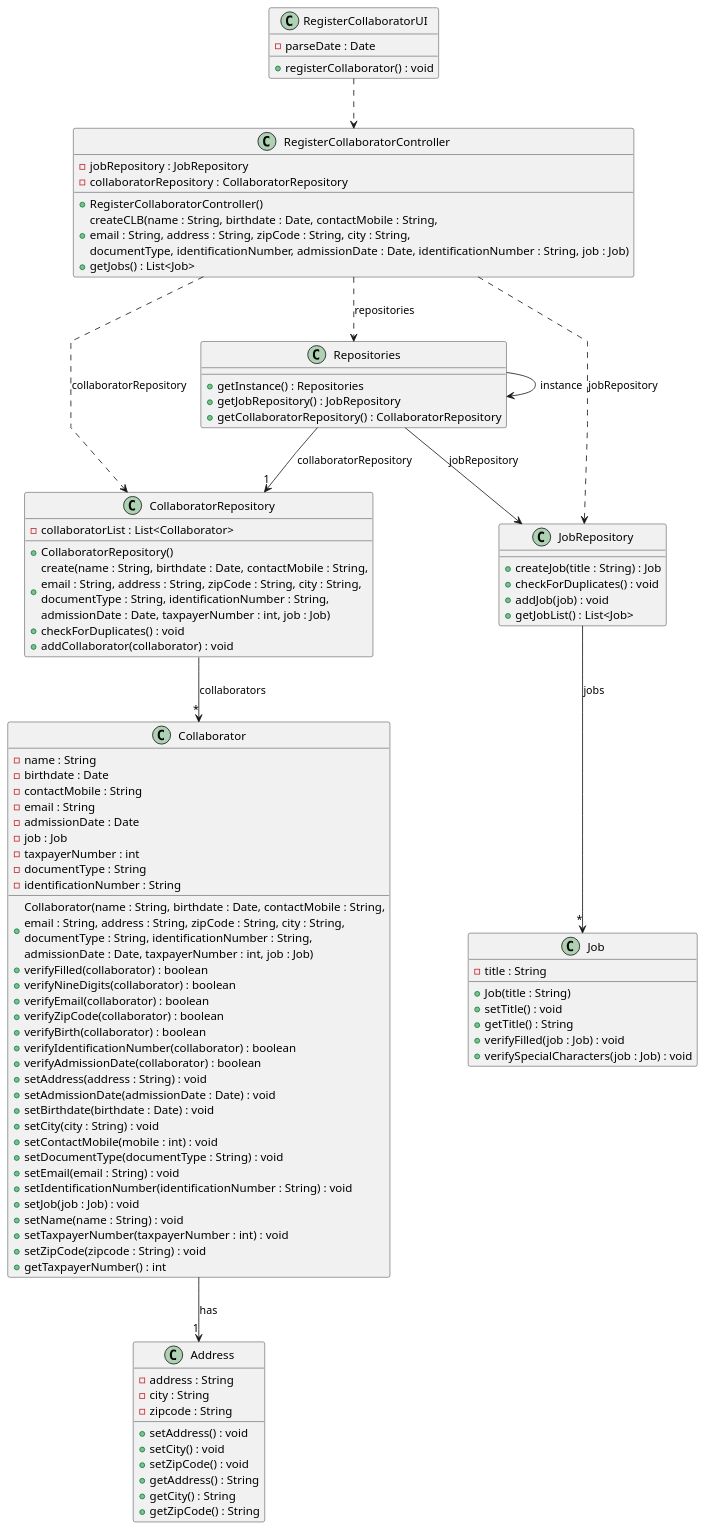
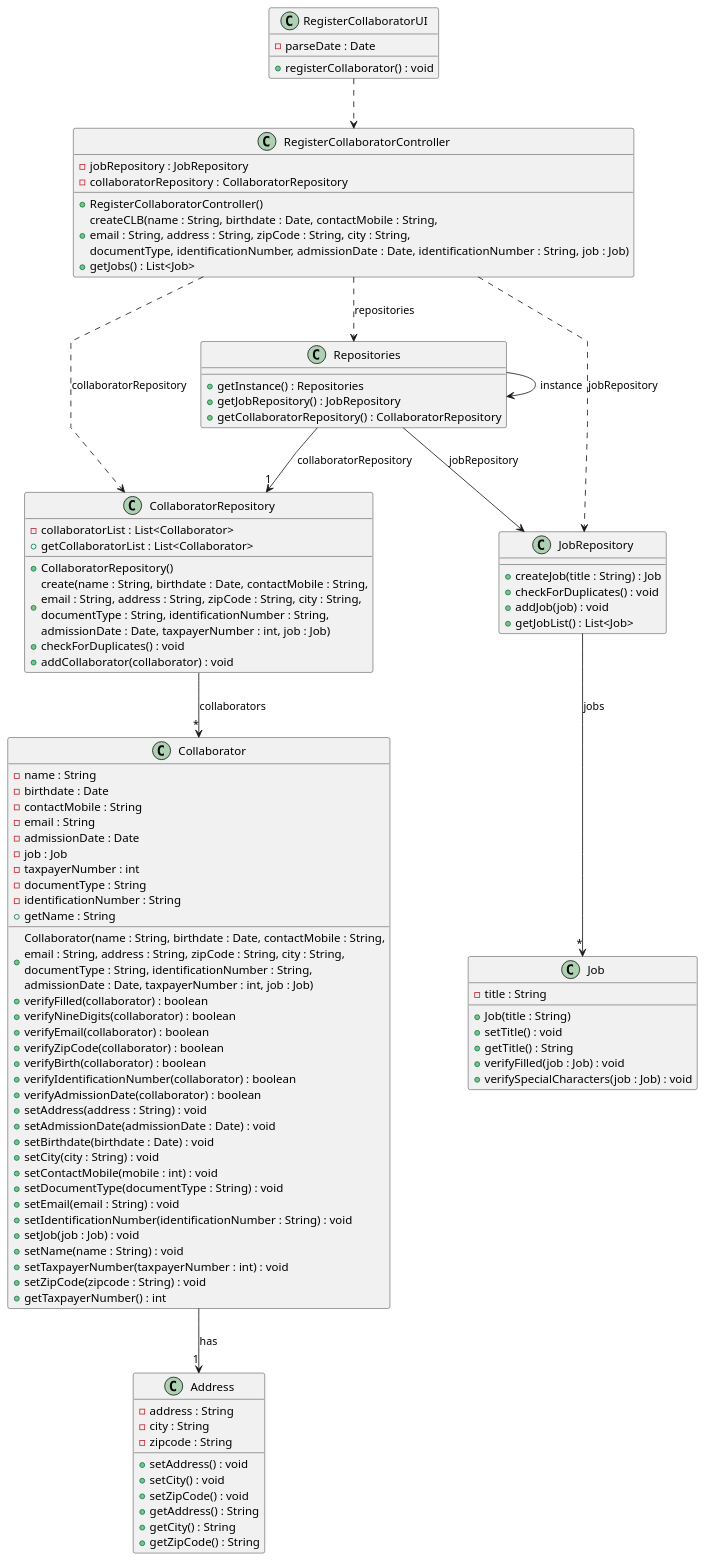
The diagram in docs/sprintB/us003/03.design/puml/us003-class-diagram.puml (ricardomm7/leaflink), drawn with PlantUML before and after one commit. The commit also changed 12 other files, not shown here.

```diff
--- a/docs/sprintB/us003/03.design/puml/us003-class-diagram.puml
+++ b/docs/sprintB/us003/03.design/puml/us003-class-diagram.puml
@@ -1,111 +1,113 @@
 @startuml
 skinparam packageStyle rectangle
 skinparam shadowing false
 skinparam linetype polyline
 
 'left to right direction
 
 class RegisterCollaboratorUI {
 +registerCollaborator() : void
 -parseDate : Date
 }
 
 class RegisterCollaboratorController {
     -jobRepository : JobRepository
     -collaboratorRepository : CollaboratorRepository
     +RegisterCollaboratorController()
     + createCLB(name : String, birthdate : Date, contactMobile : String,\nemail : String, address : String, zipCode : String, city : String,\ndocumentType, identificationNumber, admissionDate : Date, identificationNumber : String, job : Job)
     '+ getJobRepository() : JobRepository
     '+ getCollaboratorRepository() : CollaboratorRepository
     + getJobs() : List<Job>
 }
 
 class Repositories {
     + getInstance() : Repositories
     +getJobRepository() : JobRepository
     +getCollaboratorRepository() : CollaboratorRepository
 }
 
 class CollaboratorRepository {
     -collaboratorList : List<Collaborator>
     +CollaboratorRepository()
     + create(name : String, birthdate : Date, contactMobile : String,\nemail : String, address : String, zipCode : String, city : String,\ndocumentType : String, identificationNumber : String, \nadmissionDate : Date, taxpayerNumber : int, job : Job)
     + checkForDuplicates() : void
     + addCollaborator(collaborator) : void
+    + getCollaboratorList : List<Collaborator>
 }
 
 class JobRepository {
     +createJob(title : String) : Job
     +checkForDuplicates() : void
     +addJob(job) : void
     +getJobList() : List<Job>
 }
 
 class Collaborator {
     - name : String
     - birthdate : Date
     - contactMobile : String
     - email : String
     - admissionDate : Date
     - job : Job
     - taxpayerNumber : int
     + Collaborator(name : String, birthdate : Date, contactMobile : String,\nemail : String, address : String, zipCode : String, city : String,\ndocumentType : String, identificationNumber : String, \nadmissionDate : Date, taxpayerNumber : int, job : Job)
     + verifyFilled(collaborator) : boolean
     + verifyNineDigits(collaborator) : boolean
     + verifyEmail(collaborator) : boolean
     + verifyZipCode(collaborator) : boolean
     + verifyBirth(collaborator) : boolean
     + verifyIdentificationNumber(collaborator) : boolean
     + verifyAdmissionDate(collaborator) : boolean
     - documentType : String
     - identificationNumber : String
     +setAddress(address : String) : void
     +setAdmissionDate(admissionDate : Date) : void
     +setBirthdate(birthdate : Date) : void
     +setCity(city : String) : void
     +setContactMobile(mobile : int) : void
     +setDocumentType(documentType : String) : void
     +setEmail(email : String) : void
     +setIdentificationNumber(identificationNumber : String) : void
     +setJob(job : Job) : void
     +setName(name : String) : void
     +setTaxpayerNumber(taxpayerNumber : int) : void
     +setZipCode(zipcode : String) : void
     +getTaxpayerNumber() : int
+    +getName : String
 }
 
 class Address {
     -address : String
     -city : String
     -zipcode : String
     +setAddress() : void
     +setCity() : void
     +setZipCode() : void
     +getAddress() : String
     +getCity() : String
     +getZipCode() : String
 }
 
 class Job {
     - title : String
     + Job(title : String)
     + setTitle() : void
     + getTitle() : String
     +verifyFilled(job : Job) : void
     +verifySpecialCharacters(job : Job) : void
 }
 
 
 
 RegisterCollaboratorUI ..> RegisterCollaboratorController
 RegisterCollaboratorController ..> Repositories : repositories
 Repositories --> Repositories : instance
 Repositories --> JobRepository : jobRepository
 Repositories --> "1"CollaboratorRepository : collaboratorRepository
 CollaboratorRepository --> "*" Collaborator : collaborators
 RegisterCollaboratorController ..> CollaboratorRepository : collaboratorRepository
 RegisterCollaboratorController ..> JobRepository : jobRepository
 JobRepository --> "*" Job : jobs
 Collaborator --> "1" Address : has
 
 @enduml
```
